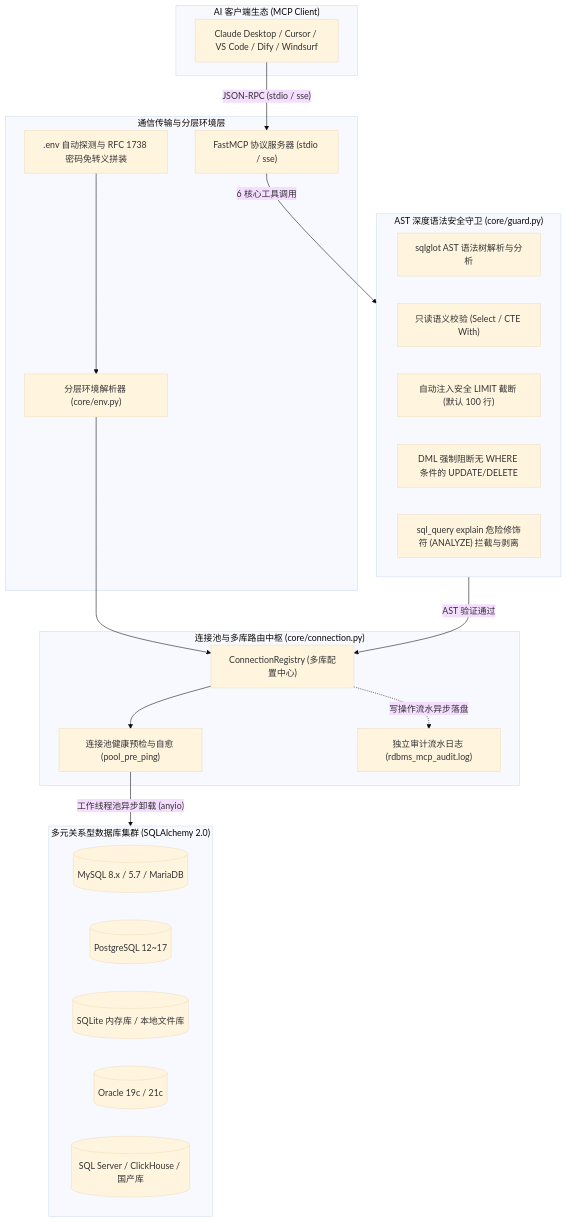
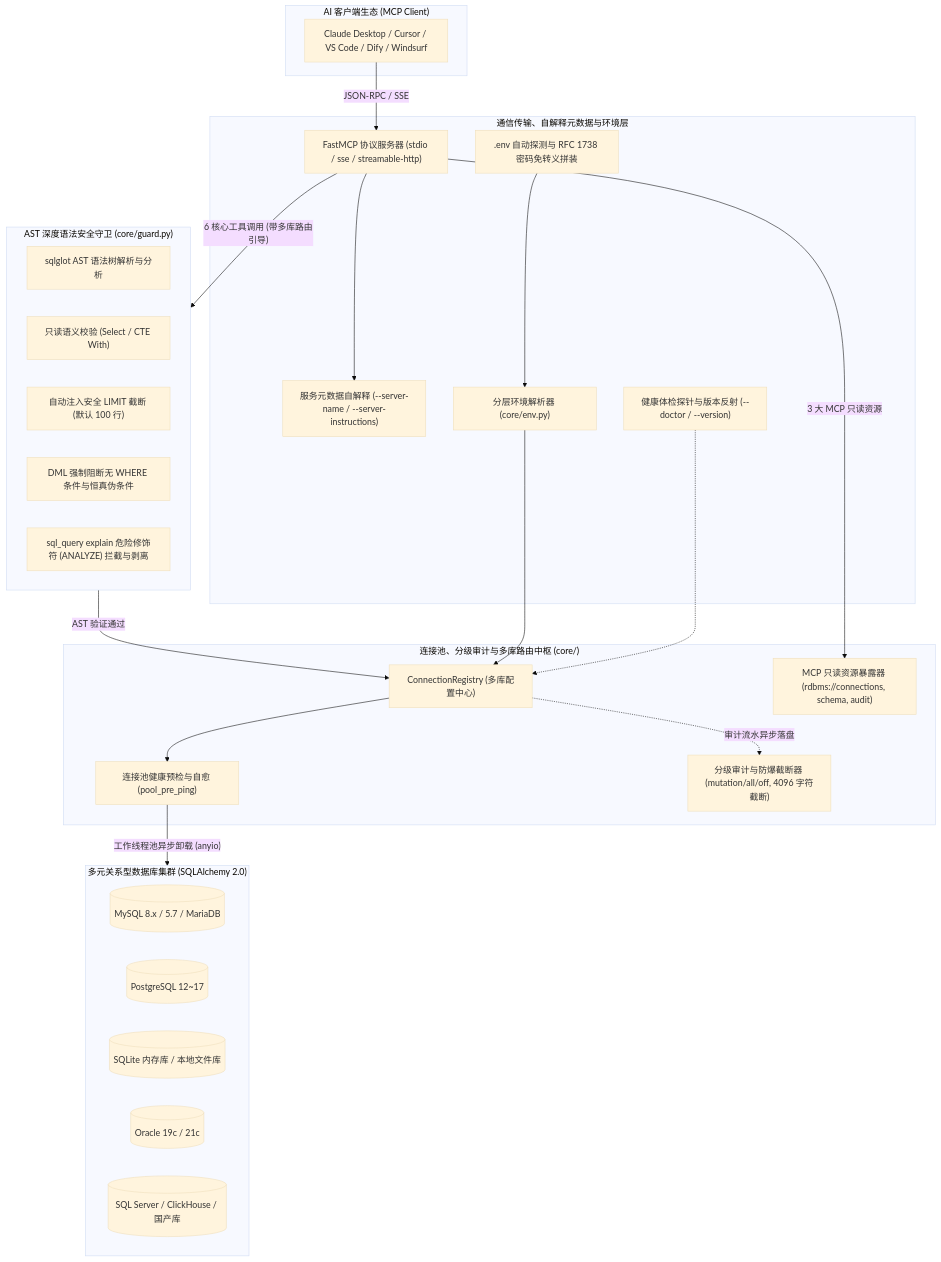
The diagram in README.md (atengk/mcp-server-rdbms), drawn with Mermaid (base theme) before and after one commit. The commit also changed other lines of this file and 14 other files, not shown here.

````diff
--- a/README.md
+++ b/README.md
@@ -23,42 +23,48 @@
 ```mermaid
 flowchart TD
     subgraph ClientSide ["AI 客户端生态 (MCP Client)"]
         Client["Claude Desktop / Cursor / VS Code / Dify / Windsurf"]
     end
 
-    subgraph ProtocolLayer ["通信传输与分层环境层"]
-        FastMCP["FastMCP 协议服务器 (stdio / sse)"]
+    subgraph ProtocolLayer ["通信传输、自解释元数据与环境层"]
+        FastMCP["FastMCP 协议服务器 (stdio / sse / streamable-http)"]
+        Meta["服务元数据自解释 (--server-name / --server-instructions)"]
+        Doctor["健康体检探针与版本反射 (--doctor / --version)"]
         Env["分层环境解析器 (core/env.py)"]
         Dotenv[".env 自动探测与 RFC 1738 密码免转义拼装"]
     end
 
     subgraph GuardLayer ["AST 深度语法安全守卫 (core/guard.py)"]
         ASTParse["sqlglot AST 语法树解析与分析"]
         ReadOnly["只读语义校验 (Select / CTE With)"]
         LimitInject["自动注入安全 LIMIT 截断 (默认 100 行)"]
-        WhereGuard["DML 强制阻断无 WHERE 条件的 UPDATE/DELETE"]
+        WhereGuard["DML 强制阻断无 WHERE 条件与恒真伪条件"]
         ExplainGuard["sql_query explain 危险修饰符 (ANALYZE) 拦截与剥离"]
     end
 
-    subgraph EngineLayer ["连接池与多库路由中枢 (core/connection.py)"]
+    subgraph EngineLayer ["连接池、分级审计与多库路由中枢 (core/)"]
         Registry["ConnectionRegistry (多库配置中心)"]
         Pool["连接池健康预检与自愈 (pool_pre_ping)"]
-        Audit["独立审计流水日志 (rdbms_mcp_audit.log)"]
+        Audit["分级审计与防爆截断器 (mutation/all/off, 4096 字符截断)"]
+        Resources["MCP 只读资源暴露器 (rdbms://connections, schema, audit)"]
     end
 
     subgraph DatabaseLayer ["多元关系型数据库集群 (SQLAlchemy 2.0)"]
         MySQL[("MySQL 8.x / 5.7 / MariaDB")]
         PostgreSQL[("PostgreSQL 12~17")]
         SQLite[("SQLite 内存库 / 本地文件库")]
         Oracle[("Oracle 19c / 21c")]
         MSSQL[("SQL Server / ClickHouse / 国产库")]
     end
 
-    Client -->|"JSON-RPC (stdio / sse)"| FastMCP
+    Client -->|"JSON-RPC / SSE"| FastMCP
+    FastMCP --> Meta
+    Doctor -.-> Registry
     Dotenv --> Env --> Registry
-    FastMCP -->|"6 核心工具调用"| GuardLayer
+    FastMCP -->|"6 核心工具调用 (带多库路由引导)"| GuardLayer
+    FastMCP -->|"3 大 MCP 只读资源"| Resources
     GuardLayer -->|"AST 验证通过"| Registry
     Registry --> Pool
     Pool -->|"工作线程池异步卸载 (anyio)"| DatabaseLayer
-    Registry -.->|"写操作流水异步落盘"| Audit
+    Registry -.->|"审计流水异步落盘"| Audit
 ```
````
